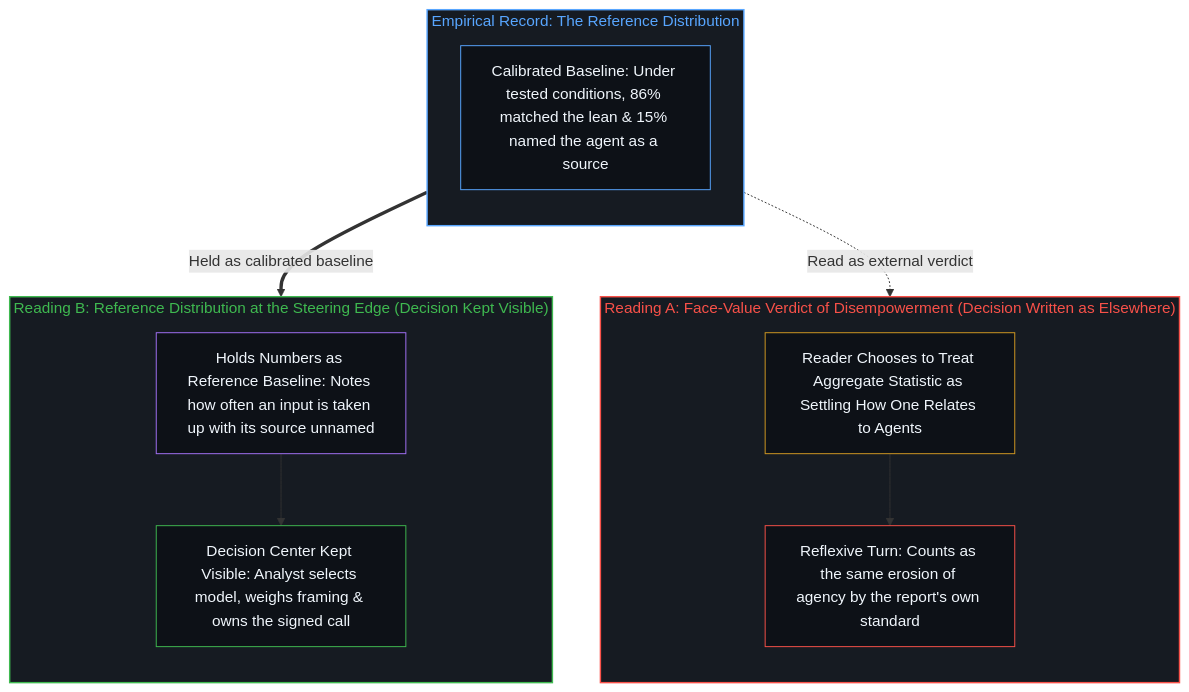
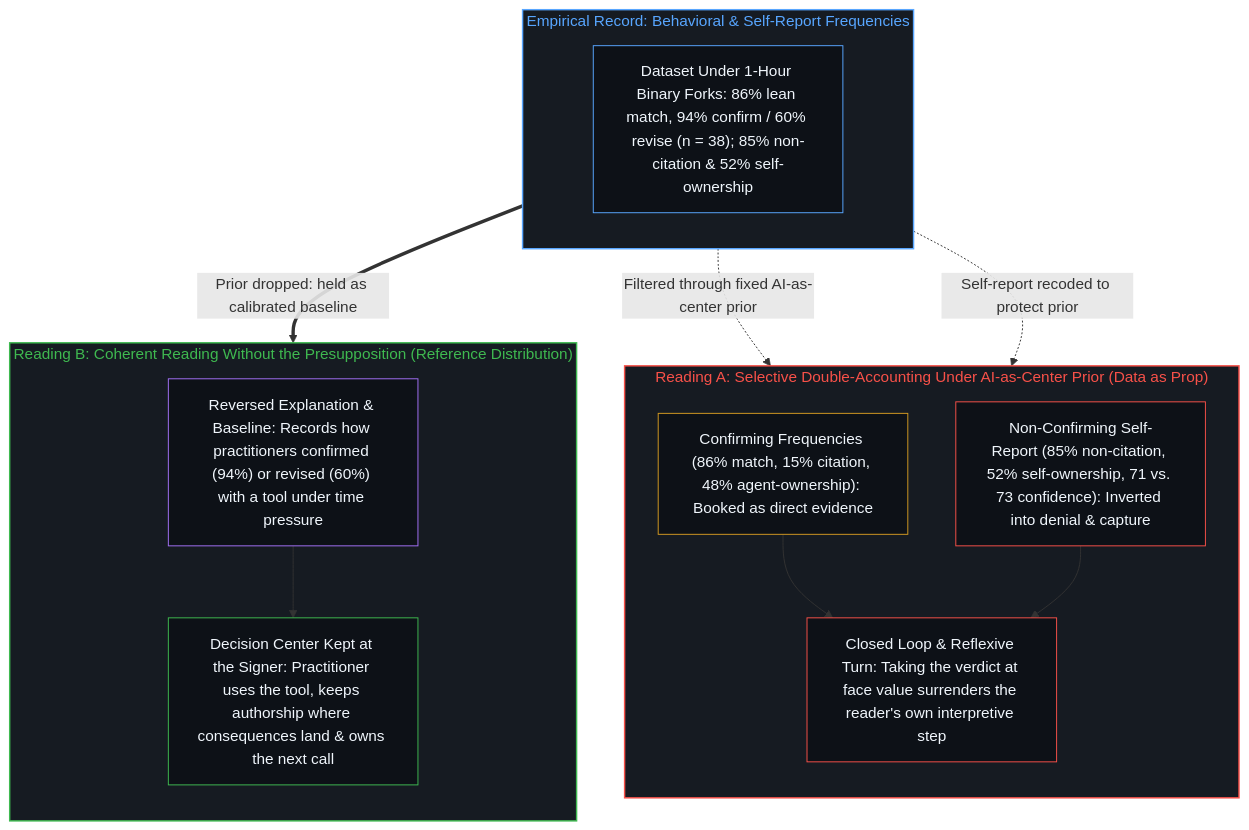
One commit to powerpig99/not-a-toe changed the fourth of 4 diagrams in content/posts/agency-and-the-pattern.md. Above: the diagram before and after it, drawn with Mermaid. The commit also changed other lines of this file and 2 other files, not shown here.

Commit message:
Refine agency-and-the-pattern: experimental design reversal, coherent dataset reading, and selective double-accounting

````diff
--- a/content/posts/agency-and-the-pattern.md
+++ b/content/posts/agency-and-the-pattern.md
@@ -141,29 +149,33 @@
 ```mermaid
 flowchart TD
-    subgraph S_Base["Empirical Record: The Reference Distribution"]
+    subgraph S_Base["Empirical Record: Behavioral & Self-Report Frequencies"]
         direction TB
-        B_Data["Calibrated Baseline: Under tested conditions, 86% matched the lean & 15% named the agent as a source"]
+        B_Data["Dataset Under 1-Hour Binary Forks: 86% lean match, 94% confirm / 60% revise (n = 38); 85% non-citation & 52% self-ownership"]
     end
-    subgraph S_ReadA["Reading A: Face-Value Verdict of Disempowerment (Decision Written as Elsewhere)"]
+    subgraph S_ReadA["Reading A: Selective Double-Accounting Under AI-as-Center Prior (Data as Prop)"]
         direction TB
-        A_Take["Reader Chooses to Treat Aggregate Statistic as Settling How One Relates to Agents"]
-        A_Irony["Reflexive Turn: Counts as the same erosion of agency by the report's own standard"]
-        A_Take --> A_Irony
+        A_Conf["Confirming Frequencies (86% match, 15% citation, 48% agent-ownership): Booked as direct evidence"]
+        A_Deny["Non-Confirming Self-Report (85% non-citation, 52% self-ownership, 71 vs. 73 confidence): Inverted into denial & capture"]
+        A_Irony["Closed Loop & Reflexive Turn: Taking the verdict at face value surrenders the reader's own interpretive step"]
+        A_Conf --> A_Irony
+        A_Deny --> A_Irony
     end
-    subgraph S_ReadB["Reading B: Reference Distribution at the Steering Edge (Decision Kept Visible)"]
+    subgraph S_ReadB["Reading B: Coherent Reading Without the Presupposition (Reference Distribution)"]
         direction TB
-        R_Ref["Holds Numbers as Reference Baseline: Notes how often an input is taken up with its source unnamed"]
-        R_Center["Decision Center Kept Visible: Analyst selects model, weighs framing & owns the signed call"]
+        R_Ref["Reversed Explanation & Baseline: Records how practitioners confirmed (94%) or revised (60%) with a tool under time pressure"]
+        R_Center["Decision Center Kept at the Signer: Practitioner uses the tool, keeps authorship where consequences land & owns the next call"]
         R_Ref --> R_Center
     end
-    B_Data -.->|"Read as external verdict"| A_Take
-    B_Data ==>|"Held as calibrated baseline"| R_Ref
+    B_Data -.->|"Filtered through fixed AI-as-center prior"| A_Conf
+    B_Data -.->|"Self-report recoded to protect prior"| A_Deny
+    B_Data ==>|"Prior dropped: held as calibrated baseline"| R_Ref
     style S_Base fill:#161b22,stroke:#58a6ff,stroke-width:1.5px,color:#58a6ff
     style S_ReadA fill:#161b22,stroke:#f85149,stroke-width:1.5px,color:#f85149
     style S_ReadB fill:#161b22,stroke:#3fb950,stroke-width:1.5px,color:#3fb950
     style B_Data fill:#0d1117,stroke:#58a6ff,stroke-width:1px,color:#f0f6fc
-    style A_Take fill:#0d1117,stroke:#d29922,stroke-width:1px,color:#f0f6fc
+    style A_Conf fill:#0d1117,stroke:#d29922,stroke-width:1px,color:#f0f6fc
+    style A_Deny fill:#0d1117,stroke:#f85149,stroke-width:1px,color:#f0f6fc
     style A_Irony fill:#0d1117,stroke:#f85149,stroke-width:1px,color:#f0f6fc
     style R_Ref fill:#0d1117,stroke:#a371f7,stroke-width:1px,color:#f0f6fc
     style R_Center fill:#0d1117,stroke:#3fb950,stroke-width:1px,color:#f0f6fc
 ```
````
